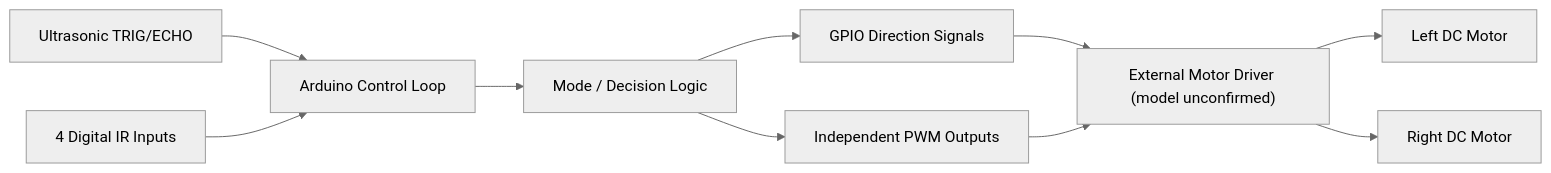
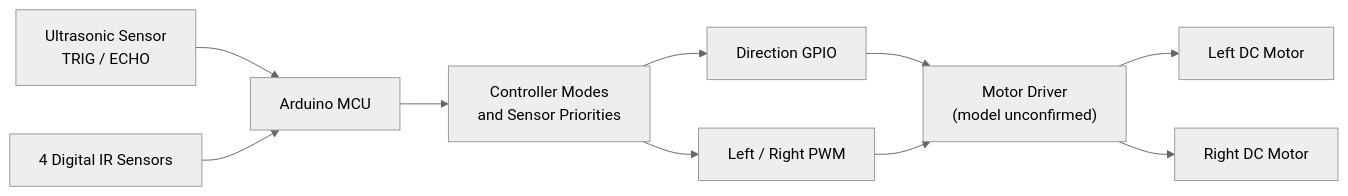
Before and after one commit to HoiChunWat/Arduino-Autonomous-Robot-Car: the first of 2 diagrams in README.md, drawn with Mermaid (neutral theme). The commit also changed other lines of this file, not shown here.

Commit message:
docs: refine README architecture, decision flow, and validation notes

````diff
--- a/README.md
+++ b/README.md
@@ -29,12 +41,12 @@
 ```mermaid
 flowchart LR
-    UL["Ultrasonic TRIG/ECHO"] --> MCU["Arduino Control Loop"]
-    IR["4 Digital IR Inputs"] --> MCU
-    MCU --> DEC["Mode / Decision Logic"]
-    DEC --> DIR["GPIO Direction Signals"]
-    DEC --> PWM["Independent PWM Outputs"]
-    DIR --> DRIVER["External Motor Driver (model unconfirmed)"]
+    US["Ultrasonic Sensor<br/>TRIG / ECHO"] --> MCU["Arduino MCU"]
+    IR["4 Digital IR Sensors"] --> MCU
+    MCU --> LOGIC["Controller Modes<br/>and Sensor Priorities"]
+    LOGIC --> GPIO["Direction GPIO"]
+    LOGIC --> PWM["Left / Right PWM"]
+    GPIO --> DRIVER["Motor Driver<br/>(model unconfirmed)"]
     PWM --> DRIVER
-    DRIVER --> L["Left DC Motor"]
-    DRIVER --> R["Right DC Motor"]
+    DRIVER --> LM["Left DC Motor"]
+    DRIVER --> RM["Right DC Motor"]
 ```
````
